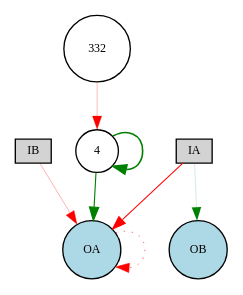
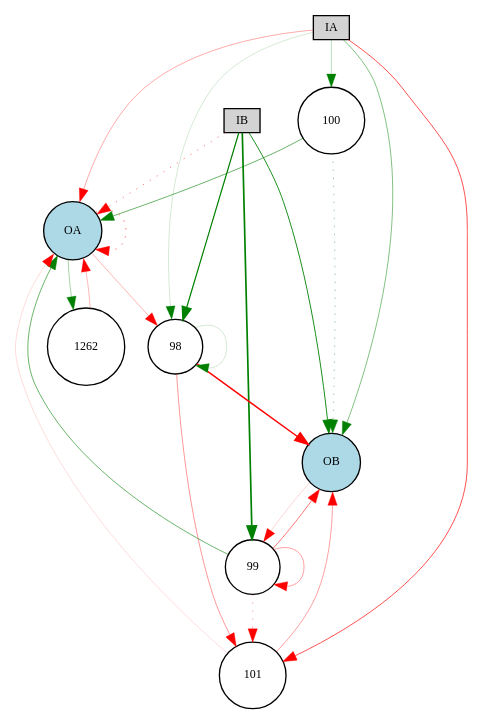
One commit to danxan/neuromorphic-evolution changed the diagram in source/cont_exp/Digraph.gv. Above: the diagram before and after it, drawn with Graphviz. The commit also changed 5 other files, not shown here.

```diff
--- a/source/cont_exp/Digraph.gv
+++ b/source/cont_exp/Digraph.gv
@@ -1,16 +1,37 @@
 digraph {
 	node [fontsize=9 height=0.2 shape=circle width=0.2]
 	IA [fillcolor=lightgray shape=box style=filled]
 	IB [fillcolor=lightgray shape=box style=filled]
 	OA [fillcolor=lightblue style=filled]
 	OB [fillcolor=lightblue style=filled]
-	4 [fillcolor=white style=filled]
-	332 [fillcolor=white style=filled]
-	4 -> OA [color=green penwidth=0.8374778497066084 style=solid]
-	OA -> OA [color=red penwidth=0.43447772104398363 style=dotted]
-	4 -> 4 [color=green penwidth=1.22496098635371 style=solid]
-	IA -> OB [color=green penwidth=0.12326526839406518 style=solid]
-	IA -> OA [color=red penwidth=0.7660181518012648 style=solid]
-	332 -> 4 [color=red penwidth=0.20400280320845804 style=solid]
-	IB -> OA [color=red penwidth=0.22750315264471152 style=solid]
+	98 [fillcolor=white style=filled]
+	99 [fillcolor=white style=filled]
+	100 [fillcolor=white style=filled]
+	101 [fillcolor=white style=filled]
+	1262 [fillcolor=white style=filled]
+	IA -> 98 [color=green penwidth=0.1283372469878011 style=solid]
+	IA -> 100 [color=green penwidth=0.20446154198029415 style=solid]
+	IA -> 101 [color=red penwidth=0.5144183279731066 style=solid]
+	IB -> 98 [color=green penwidth=0.8963214630709049 style=solid]
+	IB -> 99 [color=green penwidth=1.2711919323430523 style=solid]
+	98 -> OB [color=red penwidth=1.1047462455951844 style=solid]
+	99 -> OA [color=green penwidth=0.4446034912370359 style=solid]
+	99 -> OB [color=red penwidth=0.40053038894585014 style=solid]
+	100 -> OA [color=green penwidth=0.4364988027950828 style=solid]
+	100 -> OB [color=green penwidth=0.320262590439815 style=dotted]
+	101 -> OA [color=red penwidth=0.10967190713526352 style=solid]
+	101 -> OB [color=red penwidth=0.28149971382525774 style=solid]
+	IA -> OA [color=red penwidth=0.25232020092189755 style=solid]
+	IA -> OB [color=green penwidth=0.3680213076392387 style=solid]
+	IB -> OA [color=red penwidth=0.3679423918605039 style=dotted]
+	IB -> OB [color=green penwidth=0.674263990383216 style=solid]
+	OA -> OA [color=red penwidth=0.4590547643656049 style=dotted]
+	98 -> 98 [color=green penwidth=0.13460929097878732 style=solid]
+	99 -> 99 [color=red penwidth=0.2769819246502091 style=solid]
+	OA -> 98 [color=red penwidth=0.22296282594324102 style=solid]
+	OB -> 99 [color=red penwidth=0.13416587244966804 style=solid]
+	99 -> 101 [color=red penwidth=0.29044143453550275 style=dotted]
+	98 -> 101 [color=red penwidth=0.3090559830070174 style=solid]
+	OA -> 1262 [color=green penwidth=0.2629317538357886 style=solid]
+	1262 -> OA [color=red penwidth=0.20909357618694216 style=solid]
 }
```
